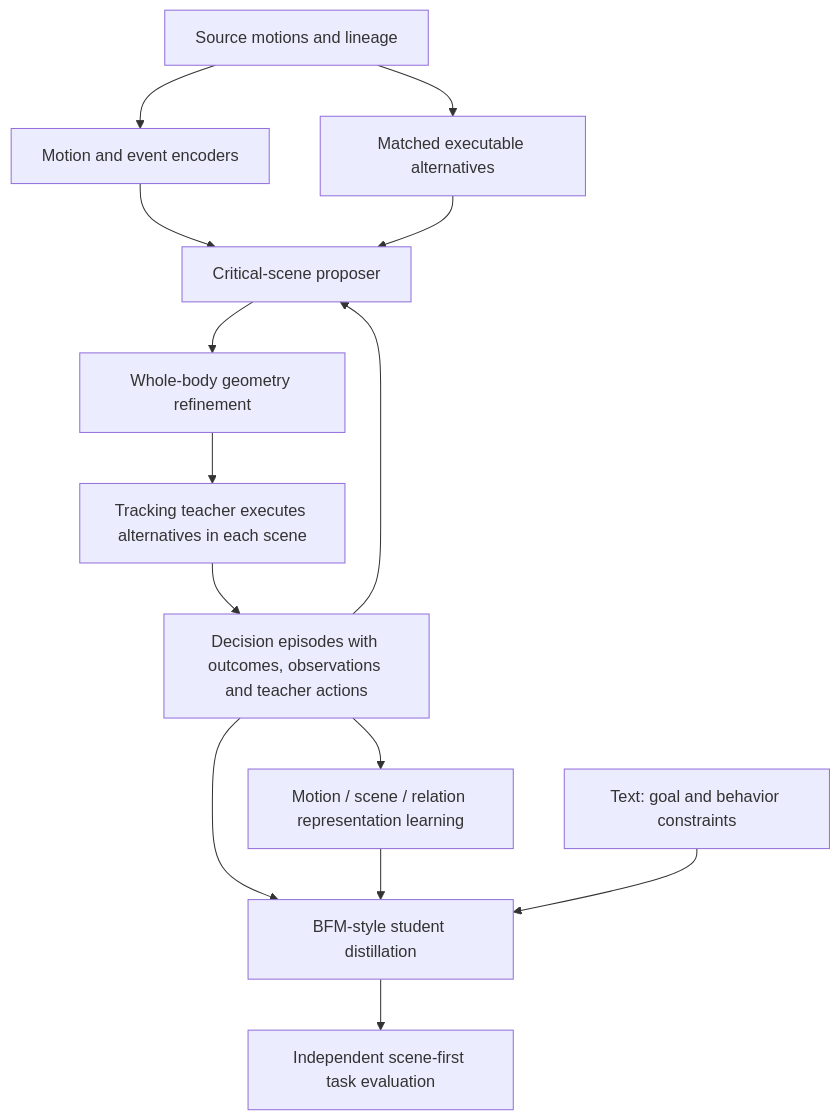
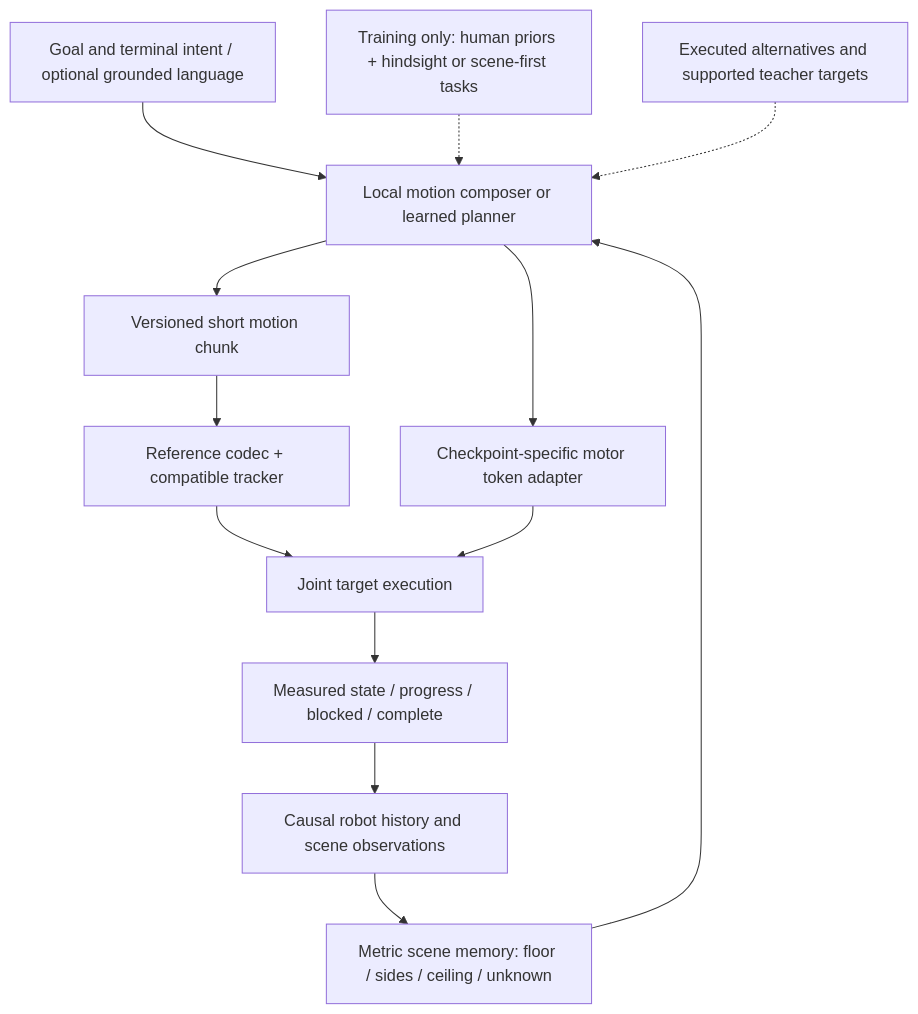
Before and after one commit to linjiw/hindsight-motion-research: the diagram in docs/ROADMAP_SCENE_BFM_TEXT2NAV.md, drawn with Mermaid. The commit also changed other lines of this file and 11 other files, not shown here.

Commit message:
Refocus motion representation research on complete traversal tasks

````diff
--- a/docs/ROADMAP_SCENE_BFM_TEXT2NAV.md
+++ b/docs/ROADMAP_SCENE_BFM_TEXT2NAV.md
@@ -38,16 +34,15 @@
 ```mermaid
 flowchart TD
-  M[Source motions and lineage] --> E[Motion and event encoders]
-  M --> A[Matched executable alternatives]
-  E --> P[Critical-scene proposer]
-  A --> P
-  P --> G[Whole-body geometry refinement]
-  G --> T[Tracking teacher executes alternatives in each scene]
-  T --> D[Decision episodes with outcomes, observations and teacher actions]
-  D --> P
-  D --> R[Motion / scene / relation representation learning]
-  D --> B[BFM-style student distillation]
-  R --> B
-  L[Text: goal and behavior constraints] --> B
-  B --> U[Independent scene-first task evaluation]
+  Mission[Goal and terminal intent / optional grounded language] --> Planner
+  Obs[Causal robot history and scene observations] --> Memory[Metric scene memory: floor / sides / ceiling / unknown]
+  Memory --> Planner[Local motion composer or learned planner]
+  Planner --> Chunk[Versioned short motion chunk]
+  Chunk --> Ref[Reference codec + compatible tracker]
+  Planner --> Native[Checkpoint-specific motor token adapter]
+  Ref --> Action[Joint target execution]
+  Native --> Action
+  Action --> Feedback[Measured state / progress / blocked / complete]
+  Feedback --> Obs
+  Data[Training only: human priors + hindsight or scene-first tasks] -.-> Planner
+  Outcomes[Executed alternatives and supported teacher targets] -.-> Planner
 ```
````
